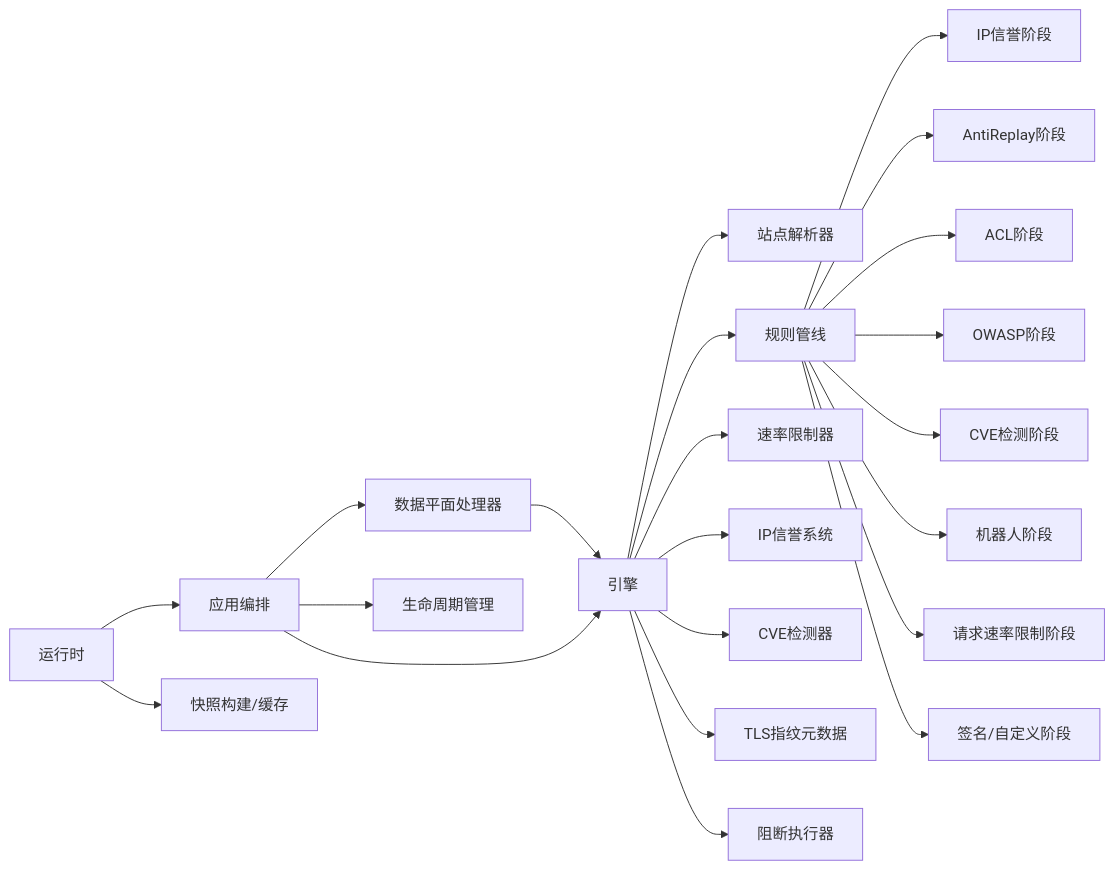
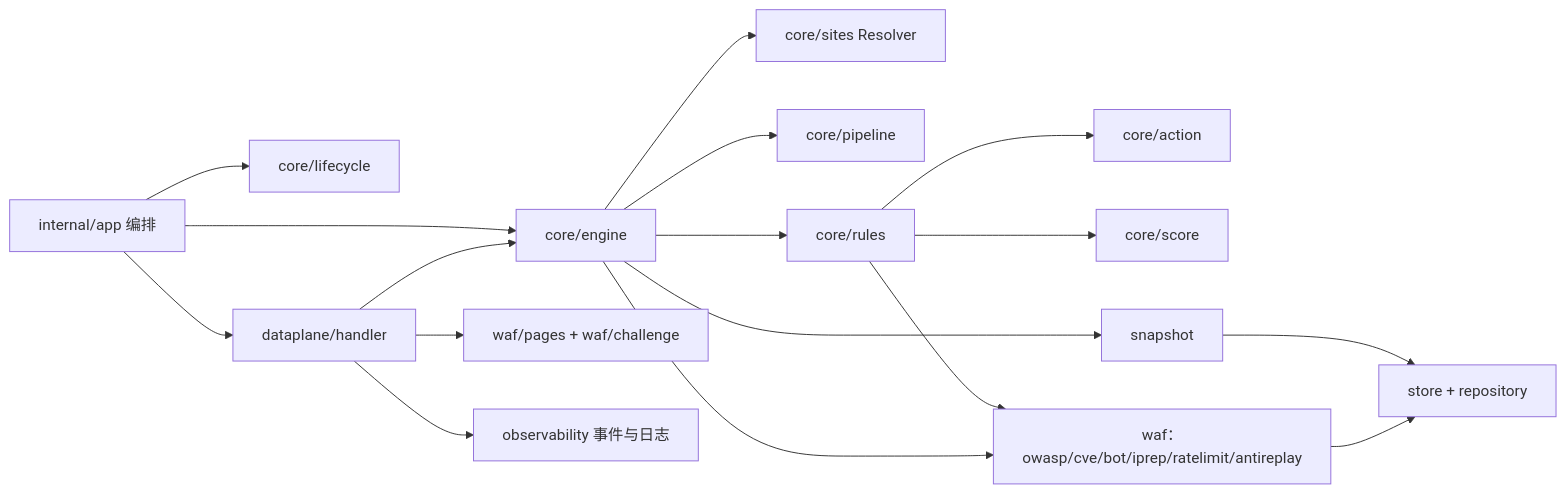
One commit to x01n/My-OpenWaf changed the sixth of 6 diagrams in docs/WAF 引擎系统/WAF 引擎系统.md. Above: the diagram before and after it, drawn with Mermaid. The commit also changed other lines of this file and 622 other files, not shown here.

````diff
--- a/docs/WAF 引擎系统/WAF 引擎系统.md
+++ b/docs/WAF 引擎系统/WAF 引擎系统.md
@@ -643,24 +459,19 @@
 ```mermaid
 graph LR
-DP["数据平面处理器"] --> ENG["引擎"]
-ENG --> RES["站点解析器"]
-ENG --> PIPE["规则管线"]
-PIPE --> PH1["IP信誉阶段"]
-PIPE --> PH2["AntiReplay阶段"]
-PIPE --> PH3["ACL阶段"]
-PIPE --> PH4["OWASP阶段"]
-PIPE --> PH5["CVE检测阶段"]
-PIPE --> PH6["机器人阶段"]
-PIPE --> PH7["请求速率限制阶段"]
-PIPE --> PH8["签名/自定义阶段"]
-ENG --> RL["速率限制器"]
-ENG --> IR["IP信誉系统"]
-ENG --> CVE["CVE检测器"]
-ENG --> FP["TLS指纹元数据"]
-ENG --> DE["阻断执行器"]
-APP["应用编排"] --> DP
-APP --> ENG
-APP --> LIFE["生命周期管理"]
-RUNTIME["运行时"] --> APP
-RUNTIME --> SNAP["快照构建/缓存"]
+APP["internal/app 编排"] --> LIFE["core/lifecycle"]
+APP --> DP["dataplane/handler"]
+APP --> ENG["core/engine"]
+DP --> ENG
+ENG --> RES["core/sites Resolver"]
+ENG --> PIPE["core/pipeline"]
+ENG --> RULES["core/rules"]
+RULES --> ACT["core/action"]
+RULES --> SCORE["core/score"]
+RULES --> WAF["waf：owasp/cve/bot/iprep/ratelimit/antireplay"]
+ENG --> WAF
+ENG --> SNAP["snapshot"]
+SNAP --> STORE["store + repository"]
+WAF --> STORE
+DP --> PAGES["waf/pages + waf/challenge"]
+DP --> OBS["observability 事件与日志"]
 ```
````
